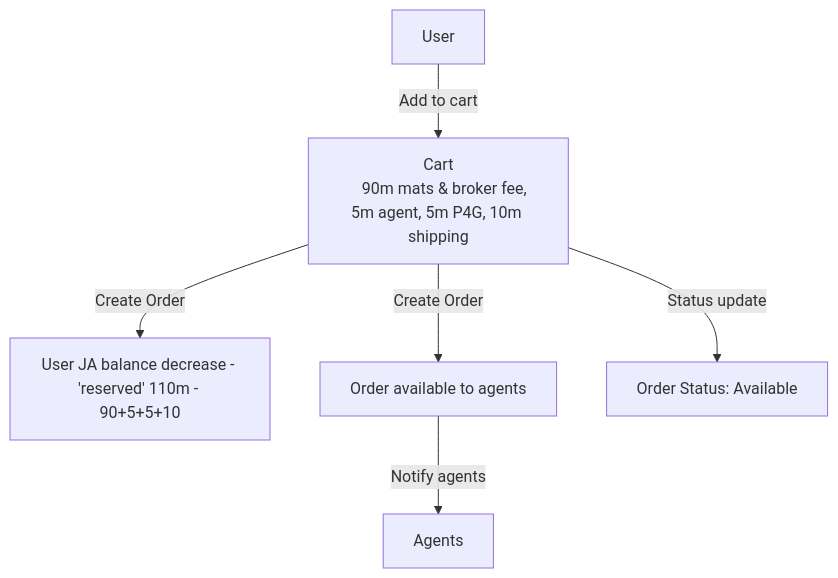
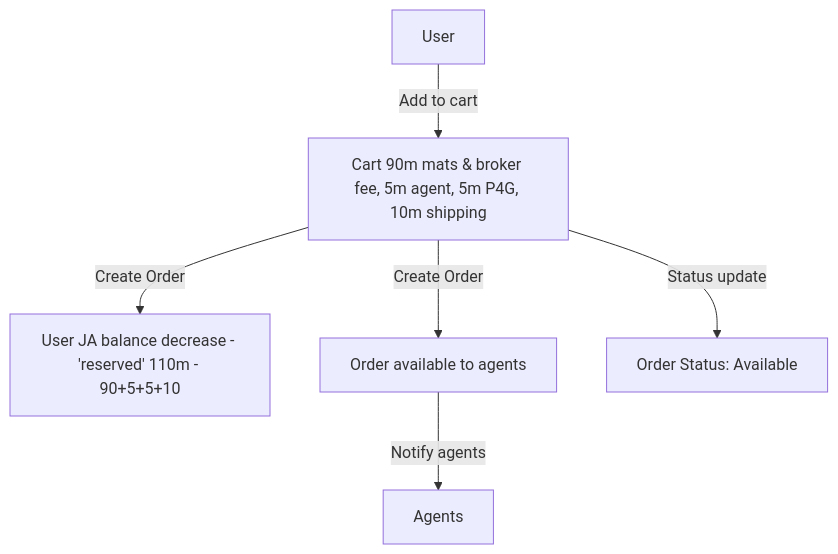
The second of 4 diagrams in README.md (dangarfield/eve-jita-anywhere), drawn with Mermaid before and after one commit.

Commit message:
flowchart 3

````diff
--- a/README.md
+++ b/README.md
@@ -16,11 +16,10 @@
 ```mermaid
 flowchart TD
 
-    b1[User] -- Add to cart --> b2[Cart
-    90m mats & broker fee, 5m agent, 5m P4G, 10m shipping];
+    b1[User] -- Add to cart --> b2[Cart 90m mats & broker fee, 5m agent, 5m P4G, 10m shipping];
     b2 -- Create Order --> b3[User JA balance decrease - 'reserved' 110m - 90+5+5+10];
     b2 -- Create Order --> b4[Order available to agents];
     b2 -- Status update --> b5[Order Status: Available];
     b4 -- Notify agents --> b7[Agents];
 
 ```
````
